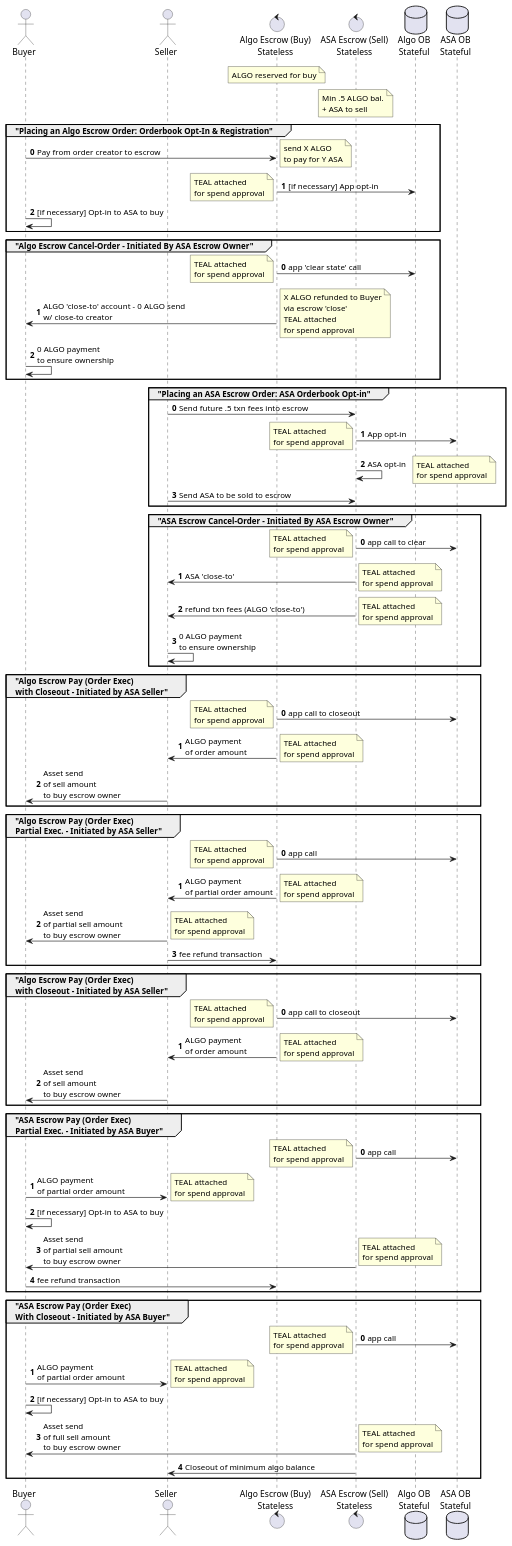
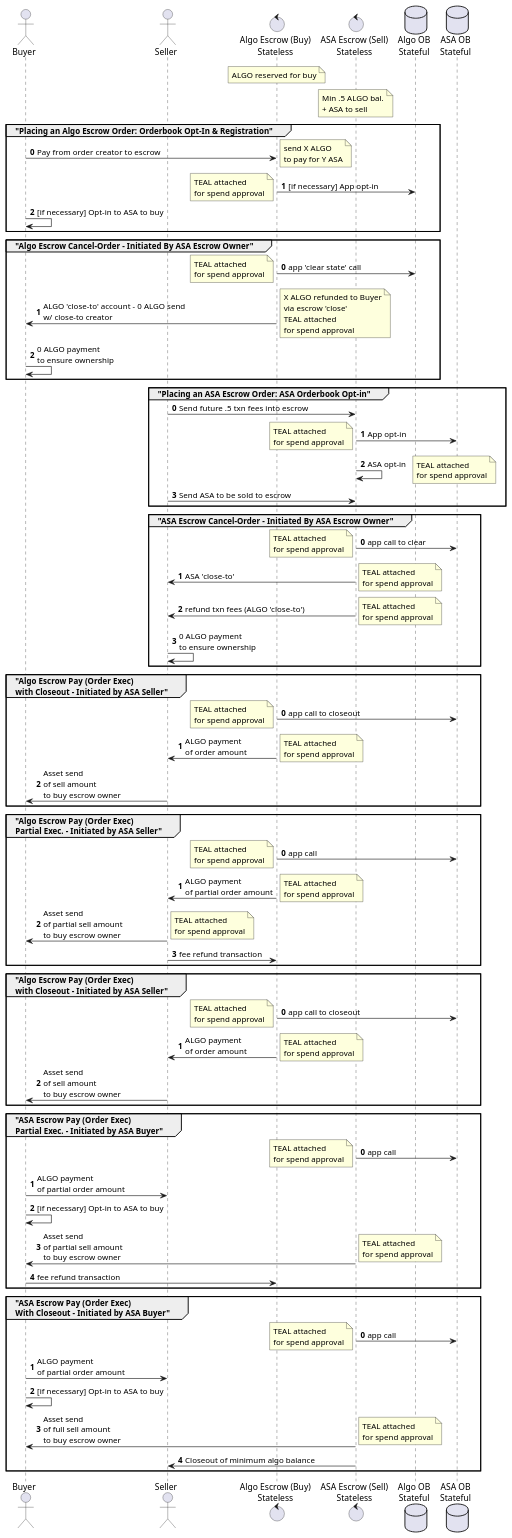
One commit to algodex/algodex-architecture changed the diagram in diagrams/contracts.puml. Above: the diagram before and after it, drawn with PlantUML. The commit also changed 16 other files, not shown here.

Commit message:
Add individual diagrams and images

```diff
--- a/diagrams/contracts.puml
+++ b/diagrams/contracts.puml
@@ -1,102 +1,100 @@
 @startuml
 actor Buyer
 actor Seller
 control "Algo Escrow (Buy)\nStateless" as AlgoEscrow
 control "ASA Escrow (Sell)\nStateless" as ASAEscrow
 database "Algo OB\nStateful" as AlgoOB
 database "ASA OB\nStateful" as ASAOB
 note over AlgoEscrow: ALGO reserved for buy
 note over ASAEscrow: Min .5 ALGO bal.\n+ ASA to sell
 
 group "Placing an Algo Escrow Order: Orderbook Opt-In & Registration"
 autonumber 0
 Buyer -> AlgoEscrow: Pay from order creator to escrow
 note right: send X ALGO\nto pay for Y ASA
 AlgoEscrow -> AlgoOB: [if necessary] App opt-in
 note left: TEAL attached\nfor spend approval
 Buyer -> Buyer: [if necessary] Opt-in to ASA to buy
 end
 
 group "Algo Escrow Cancel-Order - Initiated By ASA Escrow Owner"
 autonumber 0
 AlgoEscrow -> AlgoOB: app 'clear state' call
 note left: TEAL attached\nfor spend approval
 AlgoEscrow -> Buyer: ALGO 'close-to' account - 0 ALGO send\nw/ close-to creator
 note right: X ALGO refunded to Buyer\nvia escrow 'close'\nTEAL attached\nfor spend approval
 Buyer -> Buyer: 0 ALGO payment\nto ensure ownership
 end
 
 group "Placing an ASA Escrow Order: ASA Orderbook Opt-in"
 autonumber 0
 Seller -> ASAEscrow: Send future .5 txn fees into escrow
 ASAEscrow -> ASAOB: App opt-in
 note left: TEAL attached\nfor spend approval
 ASAEscrow -> ASAEscrow: ASA opt-in
 note right: TEAL attached\nfor spend approval
 Seller -> ASAEscrow: Send ASA to be sold to escrow
 end
 
 group "ASA Escrow Cancel-Order - Initiated By ASA Escrow Owner"
 autonumber 0
 ASAEscrow -> ASAOB: app call to clear
 note left: TEAL attached\nfor spend approval
 ASAEscrow -> Seller: ASA 'close-to'
 note right: TEAL attached\nfor spend approval
 ASAEscrow -> Seller: refund txn fees (ALGO 'close-to')
 note right: TEAL attached\nfor spend approval
 Seller -> Seller: 0 ALGO payment\nto ensure ownership
 end
 
 group "Algo Escrow Pay (Order Exec)\nwith Closeout - Initiated by ASA Seller"
 autonumber 0
 AlgoEscrow -> ASAOB: app call to closeout
 note left: TEAL attached\nfor spend approval
 AlgoEscrow -> Seller: ALGO payment\nof order amount
 note right: TEAL attached\nfor spend approval
 Seller -> Buyer: Asset send\nof sell amount\nto buy escrow owner
 end
 
 group "Algo Escrow Pay (Order Exec)\nPartial Exec. - Initiated by ASA Seller"
 autonumber 0
 AlgoEscrow -> ASAOB: app call
 note left: TEAL attached\nfor spend approval
 AlgoEscrow -> Seller: ALGO payment\nof partial order amount
 note right: TEAL attached\nfor spend approval
 Seller -> Buyer: Asset send\nof partial sell amount\nto buy escrow owner
 note right: TEAL attached\nfor spend approval
 Seller -> AlgoEscrow: fee refund transaction
 end
 
 group "Algo Escrow Pay (Order Exec)\nwith Closeout - Initiated by ASA Seller"
 autonumber 0
 AlgoEscrow -> ASAOB: app call to closeout
 note left: TEAL attached\nfor spend approval
 AlgoEscrow -> Seller: ALGO payment\nof order amount
 note right: TEAL attached\nfor spend approval
 Seller -> Buyer: Asset send\nof sell amount\nto buy escrow owner
 end
 
 group "ASA Escrow Pay (Order Exec)\nPartial Exec. - Initiated by ASA Buyer"
 autonumber 0
 ASAEscrow -> ASAOB: app call
 note left: TEAL attached\nfor spend approval
 Buyer -> Seller: ALGO payment\nof partial order amount
-note right: TEAL attached\nfor spend approval
 Buyer -> Buyer: [if necessary] Opt-in to ASA to buy
 ASAEscrow -> Buyer: Asset send\nof partial sell amount\nto buy escrow owner
 note right: TEAL attached\nfor spend approval
 Buyer -> AlgoEscrow: fee refund transaction
 end
 
 group "ASA Escrow Pay (Order Exec)\nWith Closeout - Initiated by ASA Buyer"
 autonumber 0
 ASAEscrow -> ASAOB: app call
 note left: TEAL attached\nfor spend approval
 Buyer -> Seller: ALGO payment\nof partial order amount
-note right: TEAL attached\nfor spend approval
 Buyer -> Buyer: [if necessary] Opt-in to ASA to buy
 ASAEscrow -> Buyer: Asset send\nof full sell amount\nto buy escrow owner
 note right: TEAL attached\nfor spend approval
 ASAEscrow -> Seller: Closeout of minimum algo balance
 end
 @enduml
```
